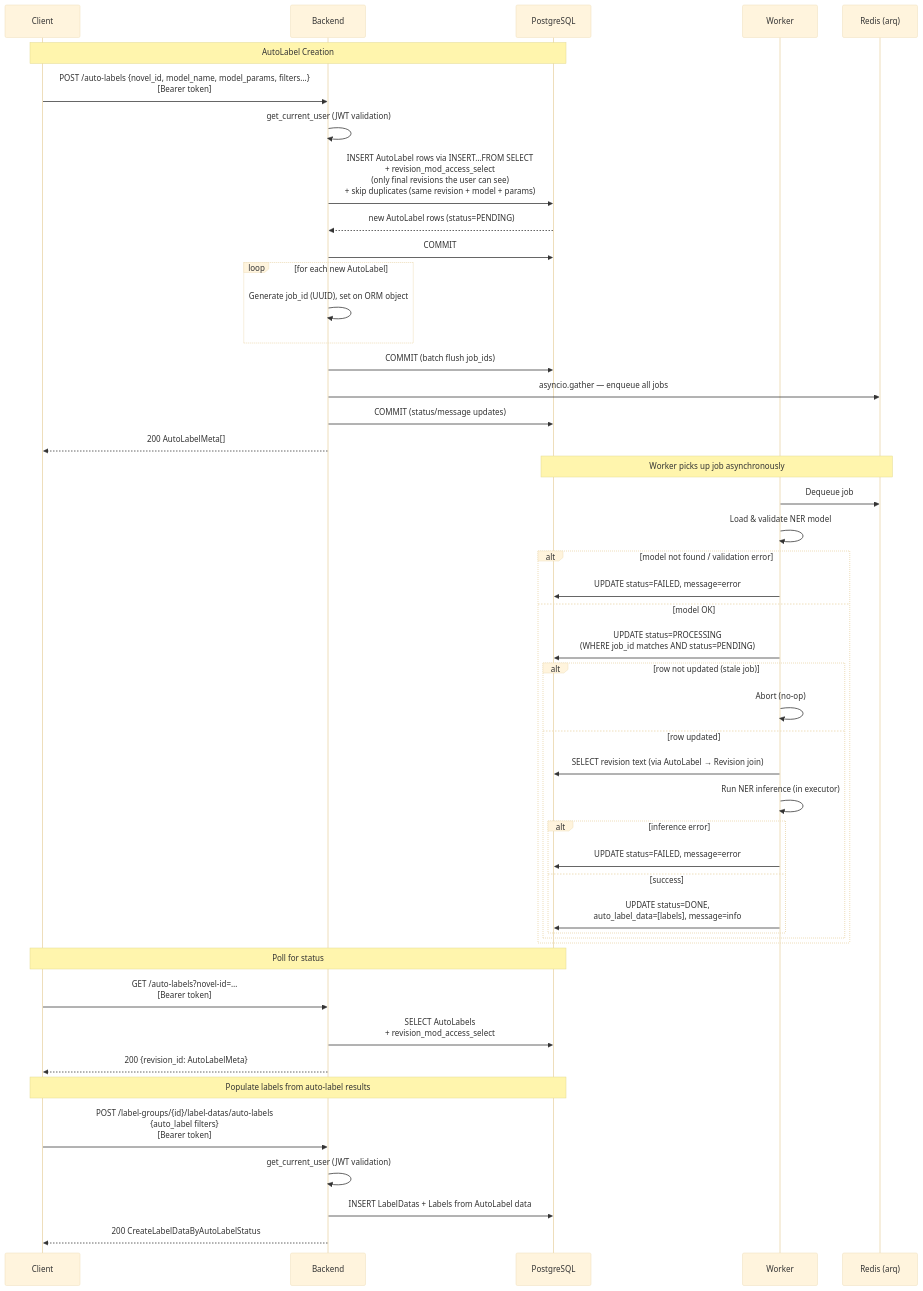
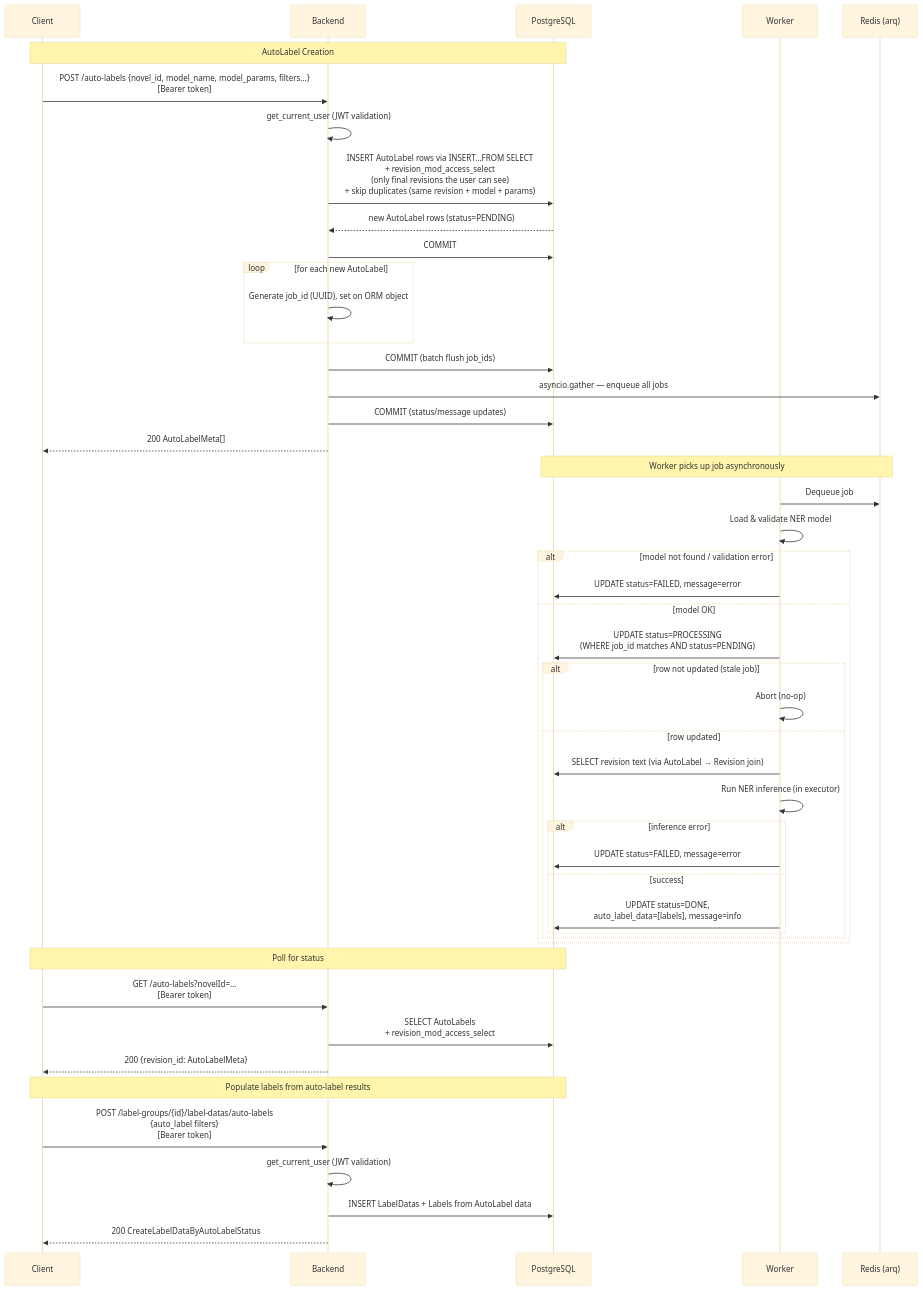
One commit to lzguan/noveltl changed the second of 3 diagrams in docs/background-jobs.md. Above: the diagram before and after it, drawn with Mermaid (base theme). The commit also changed other lines of this file and 85 other files, not shown here.

````diff
--- a/docs/background-jobs.md
+++ b/docs/background-jobs.md
@@ -48,54 +48,54 @@
 ```mermaid
 sequenceDiagram
     participant C as Client
     participant B as Backend
     participant DB as PostgreSQL
     participant W as Worker
     participant R as Redis (arq)
 
     note over DB,C: AutoLabel Creation
     C->>B: POST /auto-labels {novel_id, model_name, model_params, filters...}<br/>[Bearer token]
     B->>B: get_current_user (JWT validation)
     B->>DB: INSERT AutoLabel rows via INSERT…FROM SELECT<br/>+ revision_mod_access_select<br/>(only final revisions the user can see)<br/>+ skip duplicates (same revision + model + params)
     DB-->>B: new AutoLabel rows (status=PENDING)
     B->>DB: COMMIT
 
     loop for each new AutoLabel
         B->>B: Generate job_id (UUID), set on ORM object
     end
     B->>DB: COMMIT (batch flush job_ids)
     B->>R: asyncio.gather — enqueue all jobs
     B->>DB: COMMIT (status/message updates)
     B-->>C: 200 AutoLabelMeta[]
 
     note over DB,R: Worker picks up job asynchronously
     W->>R: Dequeue job
     W->>W: Load & validate NER model
     alt model not found / validation error
         W->>DB: UPDATE status=FAILED, message=error
     else model OK
         W->>DB: UPDATE status=PROCESSING<br/>(WHERE job_id matches AND status=PENDING)
         alt row not updated (stale job)
             W->>W: Abort (no-op)
         else row updated
             W->>DB: SELECT revision text (via AutoLabel → Revision join)
             W->>W: Run NER inference (in executor)
             alt inference error
                 W->>DB: UPDATE status=FAILED, message=error
             else success
                 W->>DB: UPDATE status=DONE,<br/>auto_label_data=[labels], message=info
             end
         end
     end
 
     note over DB,C: Poll for status
-    C->>B: GET /auto-labels?novel-id=…<br/>[Bearer token]
+    C->>B: GET /auto-labels?novelId=…<br/>[Bearer token]
     B->>DB: SELECT AutoLabels<br/>+ revision_mod_access_select
     B-->>C: 200 {revision_id: AutoLabelMeta}
 
     note over DB,C: Populate labels from auto-label results
     C->>B: POST /label-groups/{id}/label-datas/auto-labels<br/>{auto_label filters}<br/>[Bearer token]
     B->>B: get_current_user (JWT validation)
     B->>DB: INSERT LabelDatas + Labels from AutoLabel data
     B-->>C: 200 CreateLabelDataByAutoLabelStatus
 ```
````
